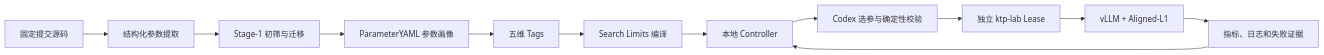
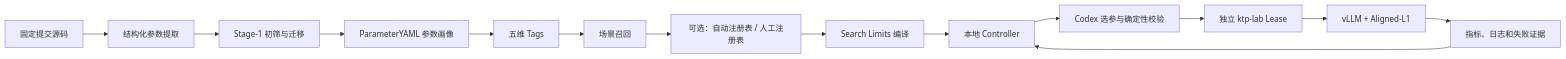
The diagram in docs/ARCHITECTURE.md (akangw/LLM_parameter_tuning), drawn with Mermaid before and after one commit. The commit also changed other lines of this file and 31 other files, not shown here.

````diff
--- a/docs/ARCHITECTURE.md
+++ b/docs/ARCHITECTURE.md
@@ -7,14 +7,16 @@
 ```mermaid
 flowchart LR
     A["固定提交源码"] --> B["结构化参数提取"]
     B --> C["Stage-1 初筛与迁移"]
     C --> D["ParameterYAML 参数画像"]
     D --> E["五维 Tags"]
-    E --> F["Search Limits 编译"]
+    E --> R["场景召回"]
+    R --> P["可选：自动注册表 / 人工注册表"]
+    P --> F["Search Limits 编译"]
     F --> G["本地 Controller"]
     G --> H["Codex 选参与确定性校验"]
     H --> I["独立 ktp-lab Lease"]
     I --> J["vLLM + Aligned-L1"]
     J --> K["指标、日志和失败证据"]
     K --> G
 ```
````
